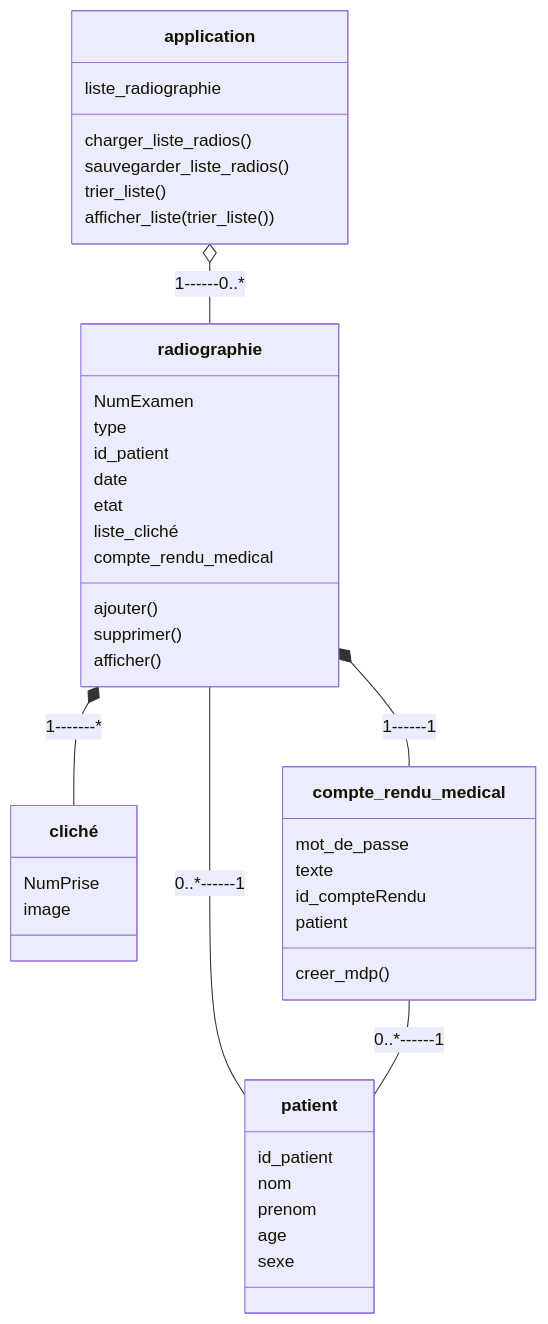
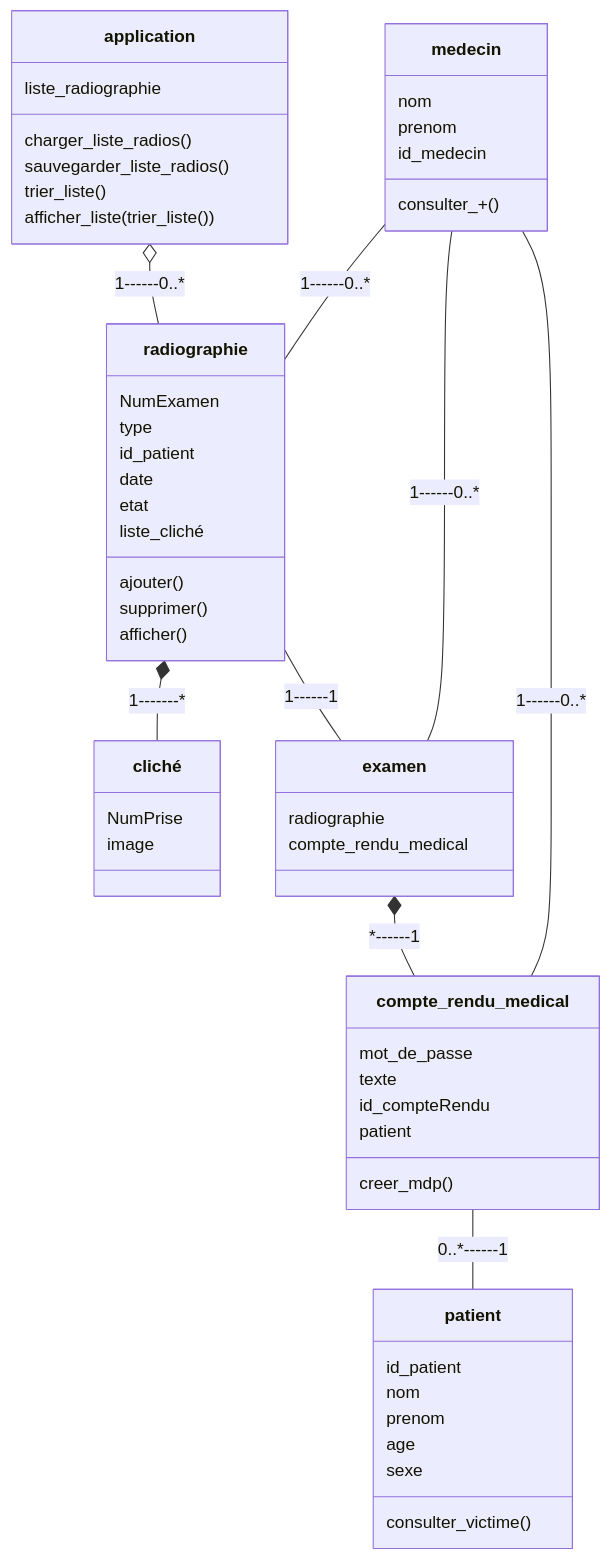
The diagram in projet_obj.md (Annewynn/POO_project), drawn with Mermaid before and after one commit.

Commit message:
Et hop le graph se complète

````diff
--- a/projet_obj.md
+++ b/projet_obj.md
@@ -5,44 +5,52 @@
 ```mermaid
 classDiagram
-radiographie -- patient : 0..*------1
 radiographie *-- cliché : 1-------*
-radiographie *-- compte_rendu_medical : 1------1
+radiographie -- examen : 1------1
 application o-- radiographie : 1------0..*
 compte_rendu_medical -- patient : 0..*------1
+examen *-- compte_rendu_medical : *------1
+medecin -- compte_rendu_medical : 1------0..*
+medecin -- radiographie : 1------0..*
+medecin -- examen : 1------0..*
 
 radiographie: NumExamen
 radiographie: type
 radiographie: id_patient
 radiographie: date
 radiographie: etat
 radiographie: liste_cliché
-radiographie: compte_rendu_medical
 radiographie: ajouter()
 radiographie: supprimer()
 radiographie: afficher()
 
 cliché: NumPrise
 cliché: image
 
 compte_rendu_medical: mot_de_passe
 compte_rendu_medical: texte
 compte_rendu_medical: id_compteRendu
 compte_rendu_medical: patient
 compte_rendu_medical: creer_mdp()
 
 application: liste_radiographie
 application: charger_liste_radios()
 application: sauvegarder_liste_radios()
 application: trier_liste()
 application: afficher_liste(trier_liste())
 
 patient: id_patient
 patient: nom
 patient: prenom
 patient: age
 patient: sexe
+patient: consulter_victime()
 
+examen: radiographie
+examen: compte_rendu_medical
 
-
+medecin: nom
+medecin: prenom
+medecin: id_medecin
+medecin: consulter_+()
 
 ```
````
